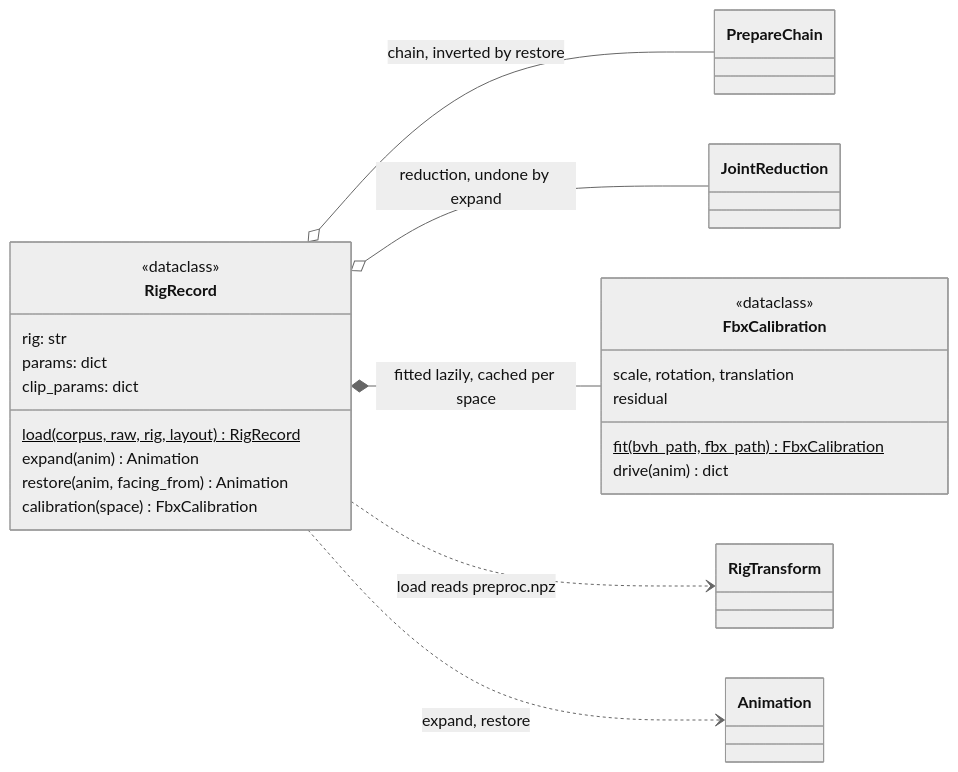
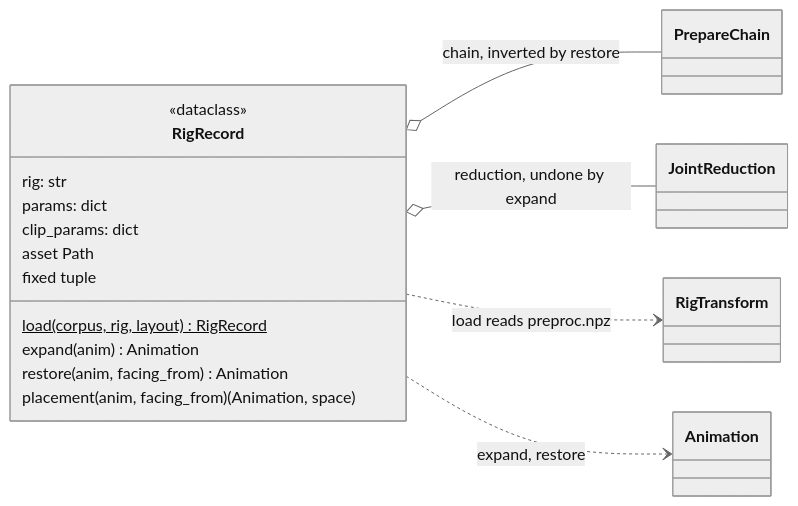
One commit to LuCazzola/PoseYdon changed the diagram in docs/api/export/index.md. Above: the diagram before and after it, drawn with Mermaid (neutral theme). The commit also changed other lines of this file and 109 other files, not shown here.

````diff
--- a/docs/api/export/index.md
+++ b/docs/api/export/index.md
@@ -61,29 +86,22 @@
 ```mermaid
 classDiagram
   direction LR
   class RigRecord {
     <<dataclass>>
     rig: str
     params: dict
     clip_params: dict
-    load(corpus, raw, rig, layout)$ RigRecord
+    load(corpus, rig, layout)$ RigRecord
     expand(anim) Animation
     restore(anim, facing_from) Animation
-    calibration(space) FbxCalibration
-  }
-  class FbxCalibration {
-    <<dataclass>>
-    scale, rotation, translation
-    residual
-    fit(bvh_path, fbx_path)$ FbxCalibration
-    drive(anim) dict
+    asset Path
+    fixed tuple
+    placement(anim, facing_from) (Animation, space)
   }
   RigRecord o-- PrepareChain : chain, inverted by restore
   RigRecord o-- JointReduction : reduction, undone by expand
-  RigRecord *-- FbxCalibration : fitted lazily, cached per space
   RigRecord ..> RigTransform : load reads preproc.npz
   RigRecord ..> Animation : expand, restore
   cssClass "RigRecord" impl
-  cssClass "FbxCalibration" data
   cssClass "PrepareChain,JointReduction,RigTransform,Animation" ext
 ```
````
